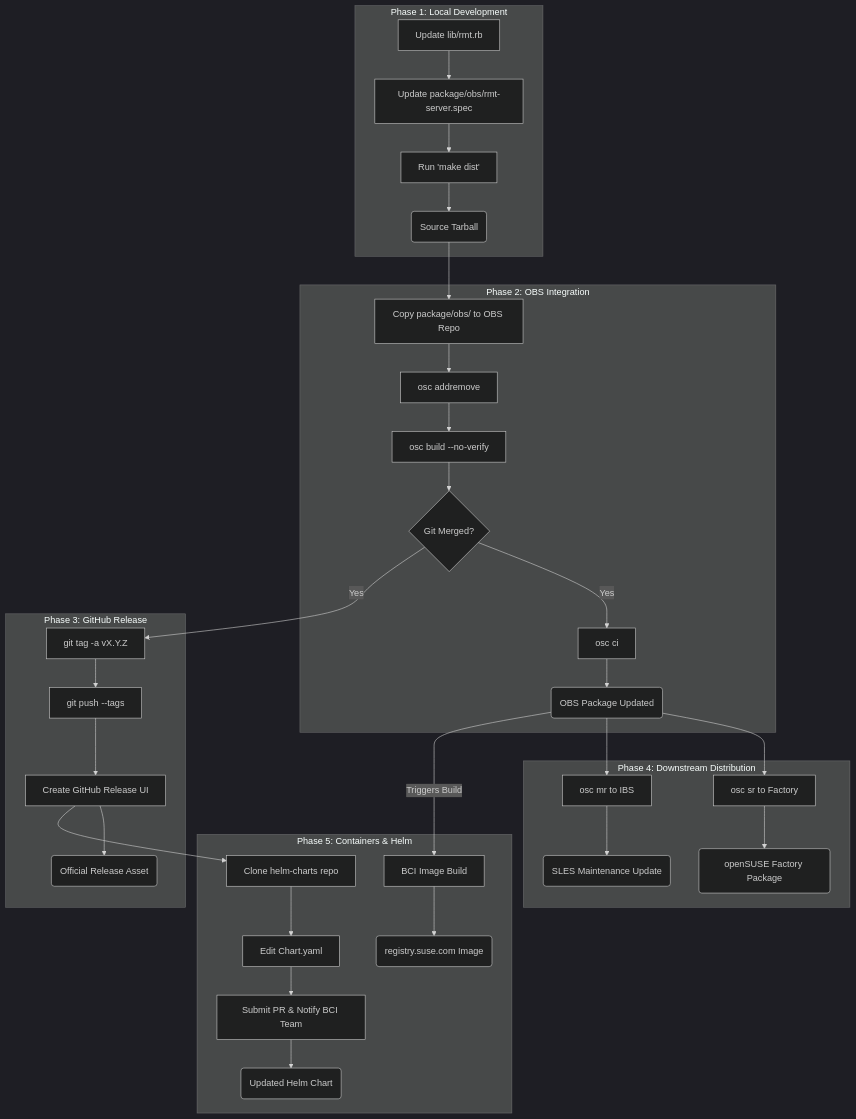
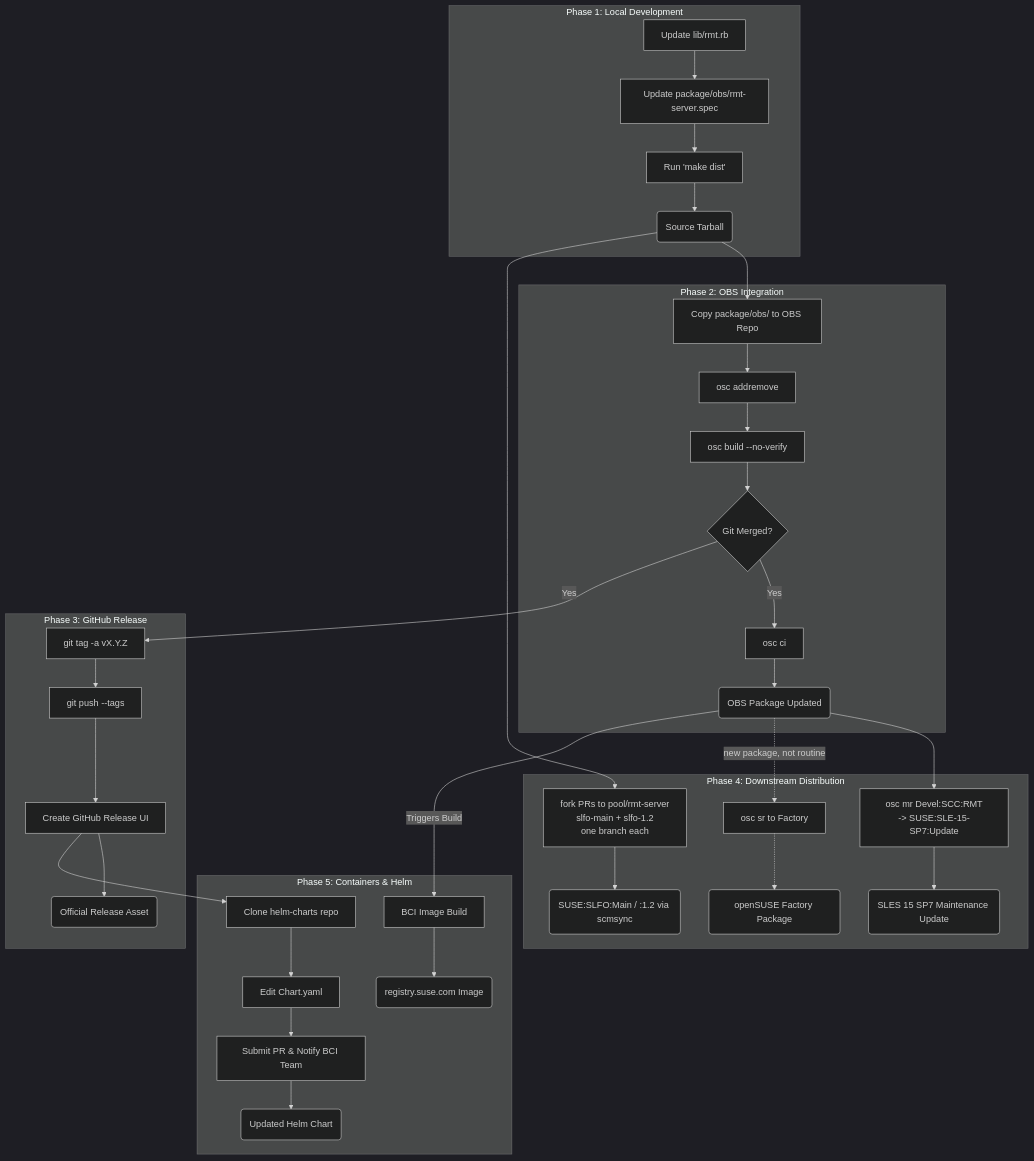
The diagram in .agents/skills/rmt-release-management/references/release-workflow.md (SUSE/rmt), drawn with Mermaid (dark theme) before and after one commit. The commit also changed other lines of this file and 4 other files, not shown here.

````diff
--- a/.agents/skills/rmt-release-management/references/release-workflow.md
+++ b/.agents/skills/rmt-release-management/references/release-workflow.md
@@ -169,42 +233,45 @@
 ```mermaid
 graph TD
     subgraph Phase1 [Phase 1: Local Development]
         A1[Update lib/rmt.rb] --> A2[Update package/obs/rmt-server.spec]
         A2 --> A3[Run 'make dist']
         A3 --> Art1(Source Tarball)
     end
 
     subgraph Phase2 [Phase 2: OBS Integration]
         Art1 --> B1[Copy package/obs/ to OBS Repo]
         B1 --> B2[osc addremove]
         B2 --> B3[osc build --no-verify]
         B3 --> B4{Git Merged?}
         B4 -- Yes --> B5[osc ci]
         B5 --> Art2(OBS Package Updated)
     end
 
     subgraph Phase3 [Phase 3: GitHub Release]
         B4 -- Yes --> C1[git tag -a vX.Y.Z]
         C1 --> C2[git push --tags]
         C2 --> C3[Create GitHub Release UI]
         C3 --> Art3(Official Release Asset)
     end
 
     subgraph Phase4 [Phase 4: Downstream Distribution]
-        Art2 --> D1[osc sr to Factory]
-        D1 --> Art4(openSUSE Factory Package)
-        
-        Art2 --> D2[osc mr to IBS]
-        D2 --> Art5(SLES Maintenance Update)
+        Art1 --> D0[fork PRs to pool/rmt-server<br/>slfo-main + slfo-1.2<br/>one branch each]
+        D0 --> Art8(SUSE:SLFO:Main / :1.2 via scmsync)
+
+        Art2 --> D2[osc mr Devel:SCC:RMT<br/>-> SUSE:SLE-15-SP7:Update]
+        D2 --> Art5(SLES 15 SP7 Maintenance Update)
+
+        Art2 -.new package, not routine.-> D1[osc sr to Factory]
+        D1 -.-> Art4(openSUSE Factory Package)
     end
 
     subgraph Phase5 [Phase 5: Containers & Helm]
         Art2 -- Triggers Build --> E1[BCI Image Build]
         E1 --> Art6(registry.suse.com Image)
         
         C3 --> F1[Clone helm-charts repo]
         F1 --> F2[Edit Chart.yaml]
         F2 --> F3[Submit PR & Notify BCI Team]
         F3 --> Art7(Updated Helm Chart)
     end
 ```
````
